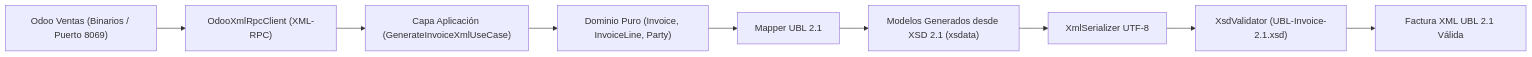
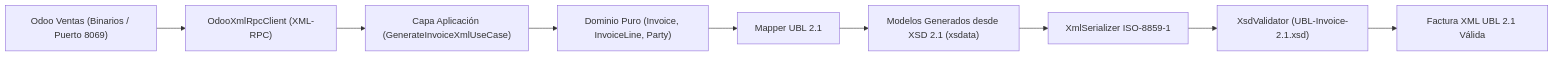
Before and after one commit to Zahir1332007/binario_odoo: the diagram in docs/descripcion_caso.md, drawn with Mermaid. The commit also changed other lines of this file and 12 other files, not shown here.

````diff
--- a/docs/descripcion_caso.md
+++ b/docs/descripcion_caso.md
@@ -36,11 +36,11 @@
 ```mermaid
 flowchart LR
     ODOO["Odoo Ventas (Binarios / Puerto 8069)"] --> RPC["OdooXmlRpcClient (XML-RPC)"]
     RPC --> APP["Capa Aplicación (GenerateInvoiceXmlUseCase)"]
     APP --> DOM["Dominio Puro (Invoice, InvoiceLine, Party)"]
     DOM --> MAP["Mapper UBL 2.1"]
     MAP --> XSD_MODELS["Modelos Generados desde XSD 2.1 (xsdata)"]
-    XSD_MODELS --> SER["XmlSerializer UTF-8"]
+    XSD_MODELS --> SER["XmlSerializer ISO-8859-1"]
     SER --> VAL["XsdValidator (UBL-Invoice-2.1.xsd)"]
     VAL --> XML["Factura XML UBL 2.1 Válida"]
 ```
````
